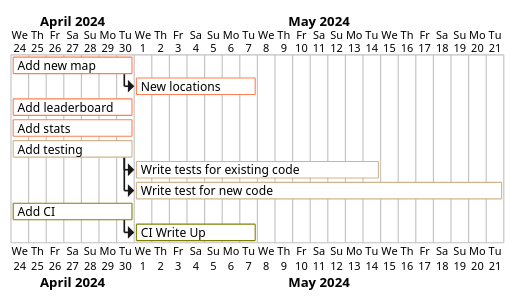
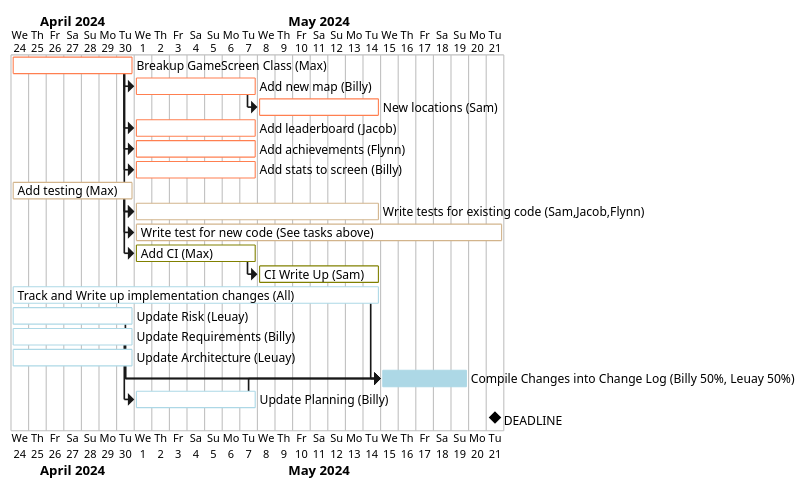
The diagram in diagrams/initial.puml (MaxIrv/Group-20-HesHus-Game), drawn with PlantUML before and after one commit.

Commit message:
Update the initial gantt chart.

```diff
--- a/diagrams/initial.puml
+++ b/diagrams/initial.puml
@@ -1,52 +1,91 @@
 @startgantt
 <style>
 ganttDiagram {
   task {
     BackGroundColor LightCoral
     LineColor Coral
   }
 }
 </style>
 project starts on the 24th April 2024
 ' Implementation
-[Add new map] as [Add new map] starts 2024-04-24
+[Breakup GameScreen Class (Max)] as [Breakup GameScreen Class] requires 7 days
+[Add new map (Billy)] as [Add new map] starts at [Breakup GameScreen Class]'s end
 [Add new map] requires 7 days
-[New locations] as [New locations] requires 7 days
+[New locations (Sam)] as [New locations] requires 7 days
 [New locations] starts at [Add new map]'s end
-[Add leaderboard] as [Add leaderboard] requires 7 days
-[Add stats] as [Add stats] requires 7 days
+[Add leaderboard (Jacob)] as [Add leaderboard] requires 7 days
+[Add leaderboard] starts at [Breakup GameScreen Class]'s end
+[Add achievements (Flynn)] as [Add achievements] requires 7 days
+[Add achievements] starts at [Breakup GameScreen Class]'s end
+[Add stats to screen (Billy)] as [Add stats] requires 7 days
+[Add stats] starts at [Breakup GameScreen Class]'s end
 <style>
 ganttDiagram {
   task {
     BackGroundColor Tan
     LineColor Tan
   }
 }
 </style>
-[Add testing] as [Add testing] requires 7 days
-[Write tests for existing code] as [Write tests for existing code] requires 14 days
+[Add testing (Max)] as [Add testing] requires 7 days
+[Write tests for existing code (Sam,Jacob,Flynn)] as [Write tests for existing code] requires 14 days
 [Write tests for existing code] starts at [Add testing]'s end
-[Write test for new code] as [Write test for new code] requires 21 days
+[Write tests for existing code] starts at [Breakup GameScreen Class]'s end
+[Write test for new code (See tasks above)] as [Write test for new code] requires 21 days
 [Write test for new code] starts at [Add testing]'s end
 <style>
 ganttDiagram {
   task {
     BackGroundColor Olive
     LineColor Olive
   }
 }
 </style>
-[Add CI] as [Add CI] requires 7 days
-[CI Write Up] as [CI Write Up] requires 7 days
+[Add CI (Max)] as [Add CI] requires 7 days
+[Add CI] starts at [Add testing]'s end
+[CI Write Up (Sam)] as [CI Write Up] requires 7 days
 [CI Write Up] starts at [Add CI]'s end
+<style>
+ganttDiagram {
+  task {
+    BackGroundColor LightBlue
+    LineColor LightBlue
+  }
+}
+</style>
+[Track and Write up implementation changes (All)] as [Track and Write up implementation changes] requires 21 days
+[Update Risk (Leuay)] as [Update Risk] requires 7 days
+[Update Requirements (Billy)] as [Update Requirements] requires 7 days
+[Update Architecture (Leuay)] as [Update Architecture] requires 7 days
+[Compile Changes into Change Log (Billy 50%, Leuay 50%)] as [Compile Changes] requires 5 days
+[Update Planning (Billy)] as [Update Planning] requires 7 days
+[Update Planning] starts at [Update Requirements]'s end
+[Compile Changes] starts at [Track and Write up implementation changes]'s end
+[Compile Changes] starts at [Update Planning]'s end
+[Compile Changes] starts at [Update Risk]'s end
+[Compile Changes] starts at [Update Architecture]'s end
+[Compile Changes] starts at [Update Requirements]'s end
+
+
+
+[DEADLINE] happens at 2024-05-21
 
 [Add new map] is 0% complete
+[Breakup GameScreen Class] is 0% complete
 [New locations] is 0% complete
 [Add leaderboard] is 0% complete
+[Add achievements] is 0% complete
 [Add stats] is 0% complete
 [Add testing] is 0% complete
 [Write tests for existing code] is 0% complete
 [Write test for new code] is 0% complete
 [Add CI] is 0% complete
 [CI Write Up] is 0% complete
+[Track and Write up implementation changes] is 0% complete
+[Update Planning] is 0% complete
+[Update Risk] is 0% complete
+[Update Requirements] is 0% complete
+[Update Architecture] is 0% complete
+
 @endgantt
```
